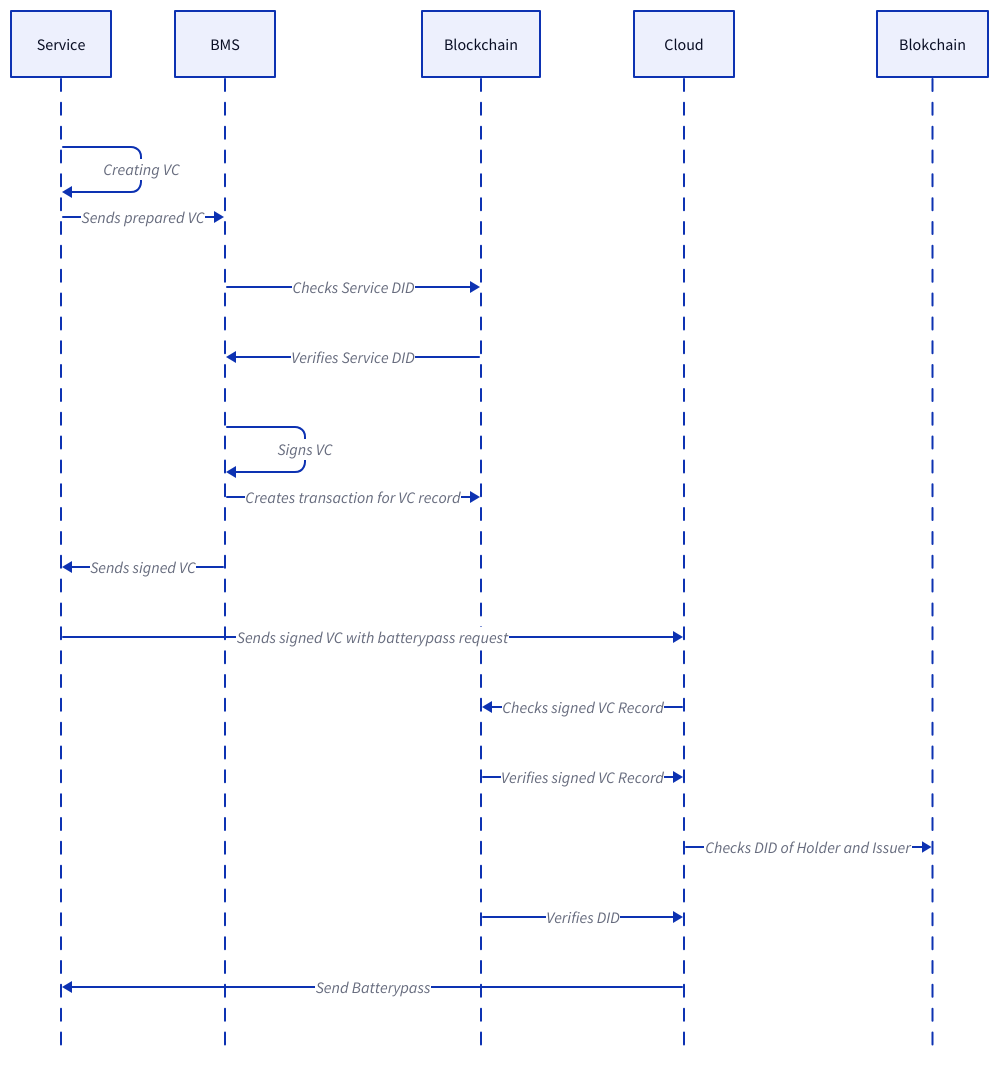
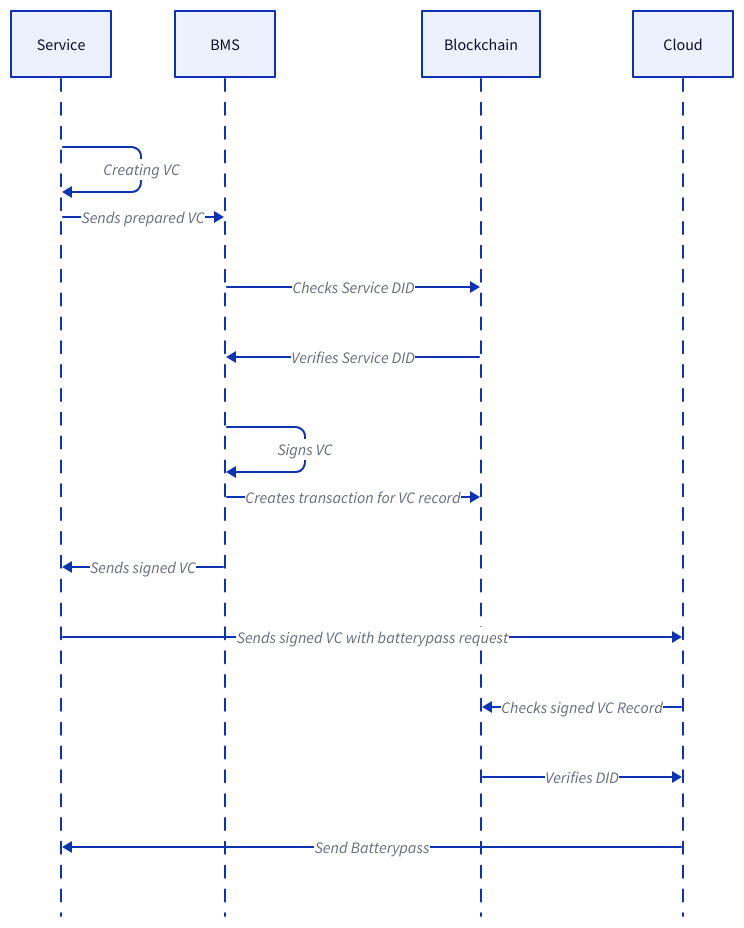
Before and after one commit to THI-CSI/decentralized_iam_battery_data: the diagram in organizational/diagrams/service_access.d2, drawn with D2.

Commit message:
fix: Fix service_access flow

```diff
--- a/organizational/diagrams/service_access.d2
+++ b/organizational/diagrams/service_access.d2
@@ -1,14 +1,12 @@
 shape: sequence_diagram
 Service->Service: Creating VC
 Service->BMS: Sends prepared VC
 BMS->Blockchain: Checks Service DID
 Blockchain->BMS: Verifies Service DID
 BMS->BMS: Signs VC
 BMS->Blockchain: Creates transaction for VC record
 BMS->Service: Sends signed VC
 Service->Cloud: Sends signed VC with batterypass request
 Cloud->Blockchain: Checks signed VC Record
-Blockchain->Cloud: Verifies signed VC Record
-Cloud->Blokchain: Checks DID of Holder and Issuer
 Blockchain->Cloud: Verifies DID
 Cloud->Service: Send Batterypass
```
